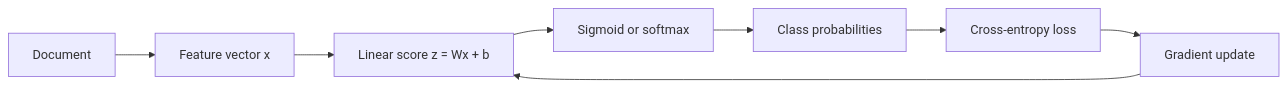
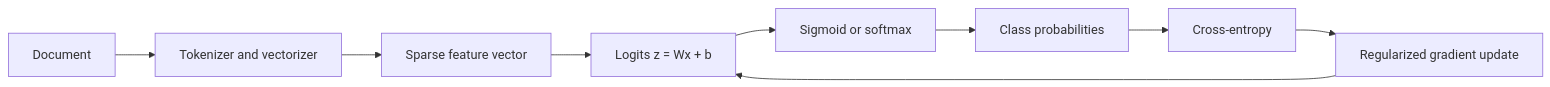
One commit to justinbrianhwang/SJ-wiki changed the diagram in docs/cs/nlp/logistic-regression-for-text.md. Above: the diagram before and after it, drawn with Mermaid. The commit also changed other lines of this file and 166 other files, not shown here.

````diff
--- a/docs/cs/nlp/logistic-regression-for-text.md
+++ b/docs/cs/nlp/logistic-regression-for-text.md
@@ -85,10 +127,11 @@
 ```mermaid
 flowchart LR
-  A[Document] --> B[Feature vector x]
-  B --> C["Linear score z = Wx + b"]
-  C --> D[Sigmoid or softmax]
-  D --> E[Class probabilities]
-  E --> F[Cross-entropy loss]
-  F --> G[Gradient update]
-  G --> C
+  A[Document] --> B[Tokenizer and vectorizer]
+  B --> C[Sparse feature vector]
+  C --> D["Logits z = Wx + b"]
+  D --> E[Sigmoid or softmax]
+  E --> F[Class probabilities]
+  F --> G[Cross-entropy]
+  G --> H[Regularized gradient update]
+  H --> D
 ```
````
